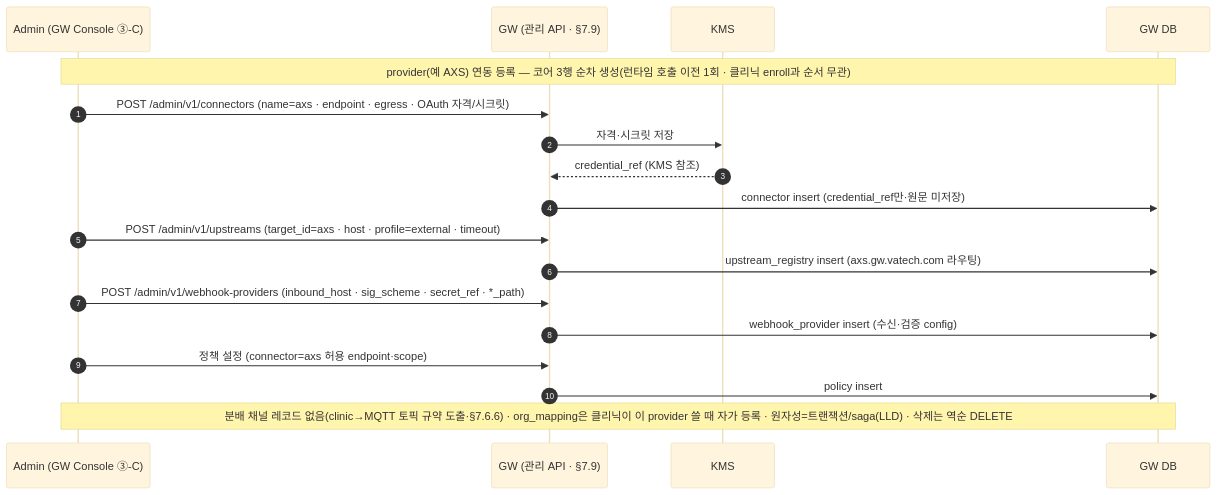
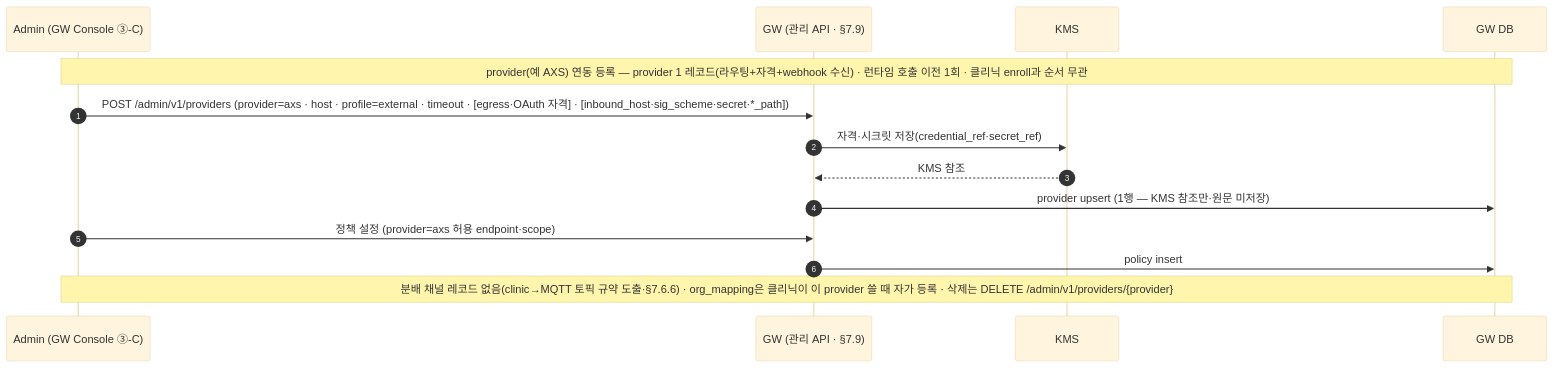
One commit to gracegyu/scp-architecture changed diagram 12 of 18 in docs/VT_API_Gateway/08.VT_API_Gateway/specs/03-srs-gateway/SRS.md. Above: the diagram before and after it, drawn with Mermaid (base theme). The commit also changed other lines of this file and 7 other files, not shown here.

Commit message:
문서 업데이트: VT API Gateway의 API 명세에서 문서 버전을 v0.6으로 업데이트하고, Connector, UpstreamRegistry, WebhookProvider를 통합하여 Provider 데이터 모델을 개선하였습니다. 이를 통해 연동 대상의 라우팅, 아웃바운드 자격, 인바운드 webhook 수신을 하나의 레코드로 관리할 수 있도록 하여 시스템 아키텍처의 일관성을 강화하고 데이터 흐름의 명확성을 높였습니다. 또한, 관련 SRS 및 OpenAPI 문서에서 변경 사항을 반영하여 관리 API를 보강하였습니다.

````diff
--- a/docs/VT_API_Gateway/08.VT_API_Gateway/specs/03-srs-gateway/SRS.md
+++ b/docs/VT_API_Gateway/08.VT_API_Gateway/specs/03-srs-gateway/SRS.md
@@ -646,20 +644,16 @@
 ```mermaid
 sequenceDiagram
     autonumber
     participant OP as Admin (GW Console ③-C)
     participant GW as GW (관리 API · §7.9)
     participant KMS as KMS
     participant DB as GW DB
-    Note over OP,DB: provider(예 AXS) 연동 등록 — 코어 3행 순차 생성(런타임 호출 이전 1회 · 클리닉 enroll과 순서 무관)
-    OP->>GW: POST /admin/v1/connectors (name=axs · endpoint · egress · OAuth 자격/시크릿)
-    GW->>KMS: 자격·시크릿 저장
-    KMS-->>GW: credential_ref (KMS 참조)
-    GW->>DB: connector insert (credential_ref만·원문 미저장)
-    OP->>GW: POST /admin/v1/upstreams (target_id=axs · host · profile=external · timeout)
-    GW->>DB: upstream_registry insert (axs.gw.vatech.com 라우팅)
-    OP->>GW: POST /admin/v1/webhook-providers (inbound_host · sig_scheme · secret_ref · *_path)
-    GW->>DB: webhook_provider insert (수신·검증 config)
-    OP->>GW: 정책 설정 (connector=axs 허용 endpoint·scope)
+    Note over OP,DB: provider(예 AXS) 연동 등록 — provider 1 레코드(라우팅+자격+webhook 수신) · 런타임 호출 이전 1회 · 클리닉 enroll과 순서 무관
+    OP->>GW: POST /admin/v1/providers (provider=axs · host · profile=external · timeout · [egress·OAuth 자격] · [inbound_host·sig_scheme·secret·*_path])
+    GW->>KMS: 자격·시크릿 저장(credential_ref·secret_ref)
+    KMS-->>GW: KMS 참조
+    GW->>DB: provider upsert (1행 — KMS 참조만·원문 미저장)
+    OP->>GW: 정책 설정 (provider=axs 허용 endpoint·scope)
     GW->>DB: policy insert
-    Note over OP,DB: 분배 채널 레코드 없음(clinic→MQTT 토픽 규약 도출·§7.6.6) · org_mapping은 클리닉이 이 provider 쓸 때 자가 등록 · 원자성=트랜잭션/saga(LLD) · 삭제는 역순 DELETE
+    Note over OP,DB: 분배 채널 레코드 없음(clinic→MQTT 토픽 규약 도출·§7.6.6) · org_mapping은 클리닉이 이 provider 쓸 때 자가 등록 · 삭제는 DELETE /admin/v1/providers/{provider}
 ```
````
